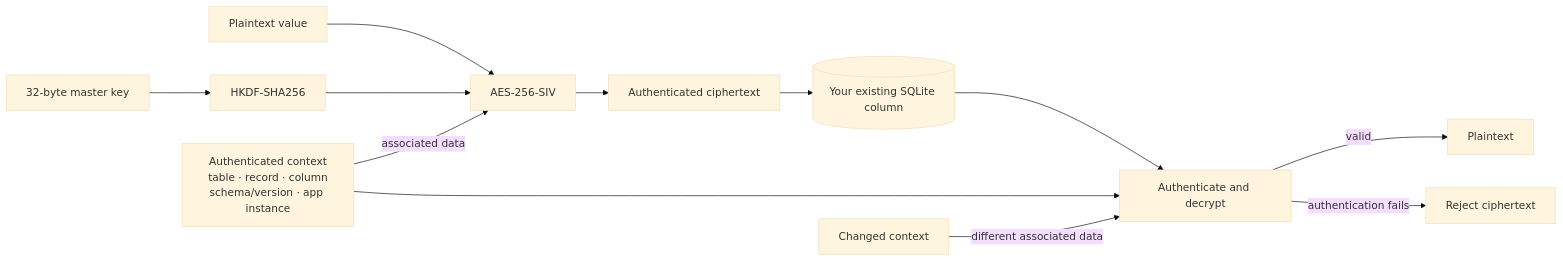
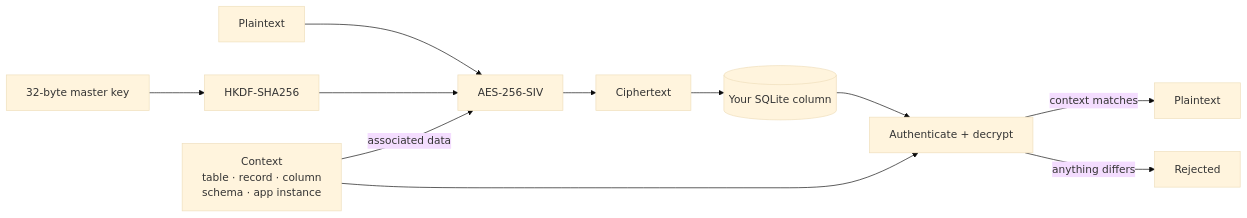
The diagram in README.md (Guerilla-ops/floorvault), drawn with Mermaid (base theme) before and after one commit. The commit also changed other lines of this file, not shown here.

````diff
--- a/README.md
+++ b/README.md
@@ -18,13 +45,11 @@
 ```mermaid
 flowchart LR
-  value["Plaintext value"] --> seal["AES-256-SIV"]
+  value["Plaintext"] --> seal["AES-256-SIV"]
   master["32-byte master key"] --> derive["HKDF-SHA256"] --> seal
-  context["Authenticated context<br/>table · record · column<br/>schema/version · app instance"] -->|associated data| seal
-  seal --> ciphertext["Authenticated ciphertext"]
-  ciphertext --> database[("Your existing SQLite column")]
-  database --> verify["Authenticate and decrypt"]
-  context --> verify
-  changed["Changed context"] -->|different associated data| verify
-  verify -->|valid| plaintext["Plaintext"]
-  verify -->|authentication fails| reject["Reject ciphertext"]
+  context["Context<br/>table · record · column<br/>schema · app instance"] -->|associated data| seal
+  seal --> ct["Ciphertext"] --> db[("Your SQLite column")]
+  db --> open["Authenticate + decrypt"]
+  context --> open
+  open -->|context matches| ok["Plaintext"]
+  open -->|anything differs| fail["Rejected"]
 ```
````
